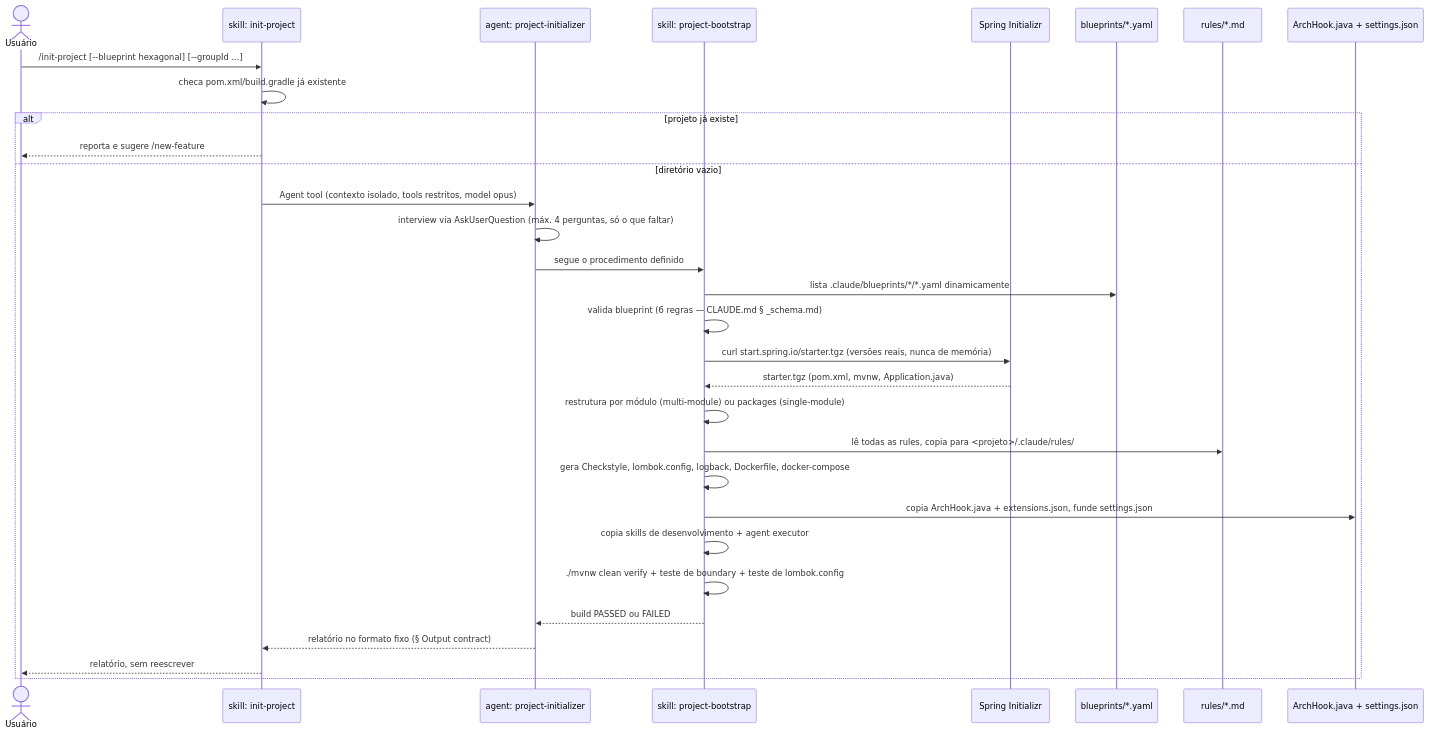
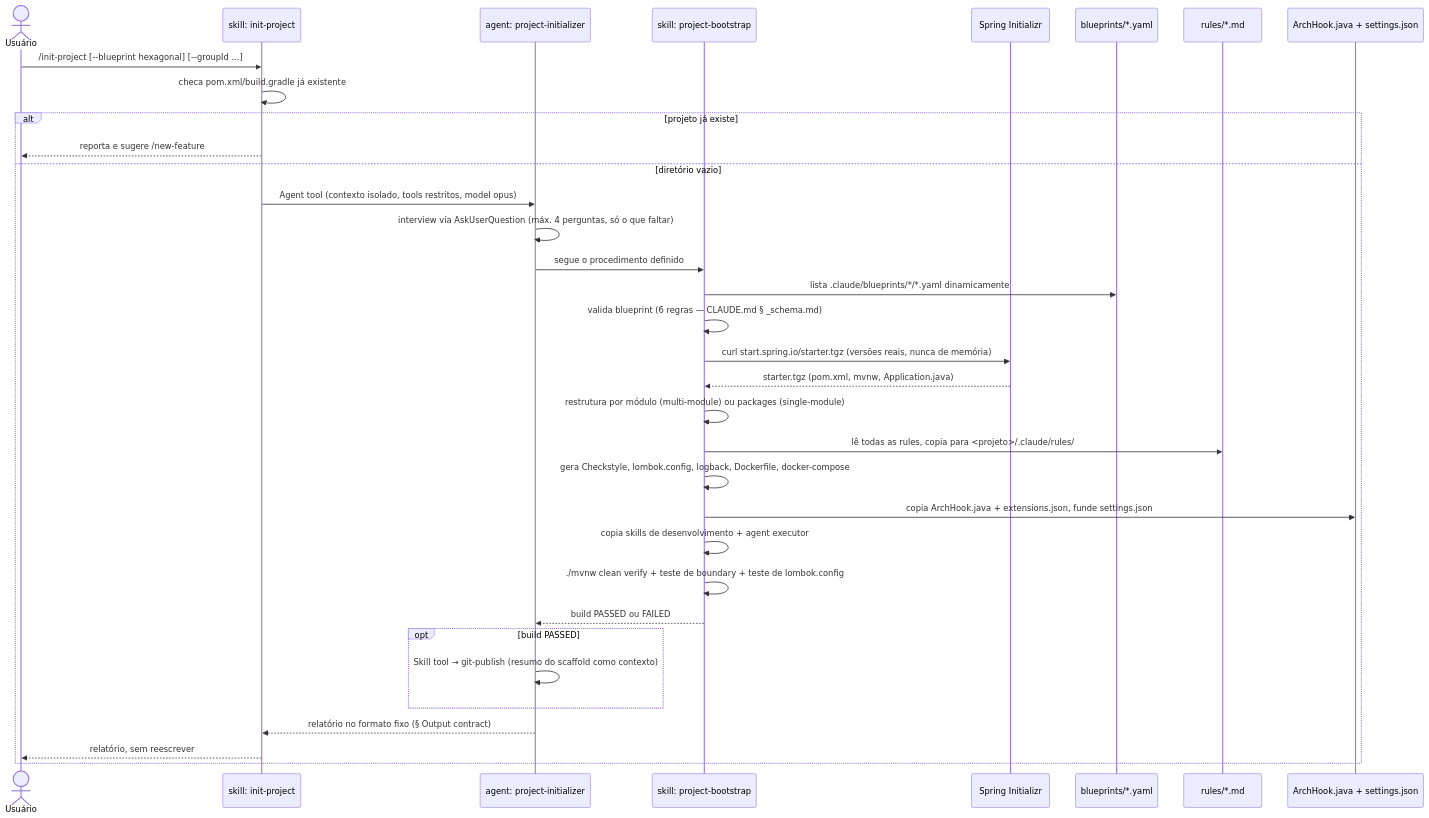
One commit to ice-lfernandes/claude-spring-architect changed the diagram in docs/02-init-project.md. Above: the diagram before and after it, drawn with Mermaid. The commit also changed other lines of this file and 26 other files, not shown here.

````diff
--- a/docs/02-init-project.md
+++ b/docs/02-init-project.md
@@ -33,34 +33,37 @@
 ```mermaid
 sequenceDiagram
     actor U as Usuário
     participant CMD as skill: init-project
     participant AG as agent: project-initializer
     participant BOOT as skill: project-bootstrap
     participant INIT as Spring Initializr
     participant BP as blueprints/*.yaml
     participant RULES as rules/*.md
     participant HOOK as ArchHook.java + settings.json
 
     U->>CMD: /init-project [--blueprint hexagonal] [--groupId ...]
     CMD->>CMD: checa pom.xml/build.gradle já existente
     alt projeto já existe
         CMD-->>U: reporta e sugere /new-feature
     else diretório vazio
         CMD->>AG: Agent tool (contexto isolado, tools restritos, model opus)
         AG->>AG: interview via AskUserQuestion (máx. 4 perguntas, só o que faltar)
         AG->>BOOT: segue o procedimento definido
         BOOT->>BP: lista .claude/blueprints/*/*.yaml dinamicamente
         BOOT->>BOOT: valida blueprint (6 regras — CLAUDE.md § _schema.md)
         BOOT->>INIT: curl start.spring.io/starter.tgz (versões reais, nunca de memória)
         INIT-->>BOOT: starter.tgz (pom.xml, mvnw, Application.java)
         BOOT->>BOOT: restrutura por módulo (multi-module) ou packages (single-module)
         BOOT->>RULES: lê todas as rules, copia para <projeto>/.claude/rules/
         BOOT->>BOOT: gera Checkstyle, lombok.config, logback, Dockerfile, docker-compose
         BOOT->>HOOK: copia ArchHook.java + extensions.json, funde settings.json
         BOOT->>BOOT: copia skills de desenvolvimento + agent executor
         BOOT->>BOOT: ./mvnw clean verify + teste de boundary + teste de lombok.config
         BOOT-->>AG: build PASSED ou FAILED
+        opt build PASSED
+            AG->>AG: Skill tool → git-publish (resumo do scaffold como contexto)
+        end
         AG-->>CMD: relatório no formato fixo (§ Output contract)
         CMD-->>U: relatório, sem reescrever
     end
 ```
````
